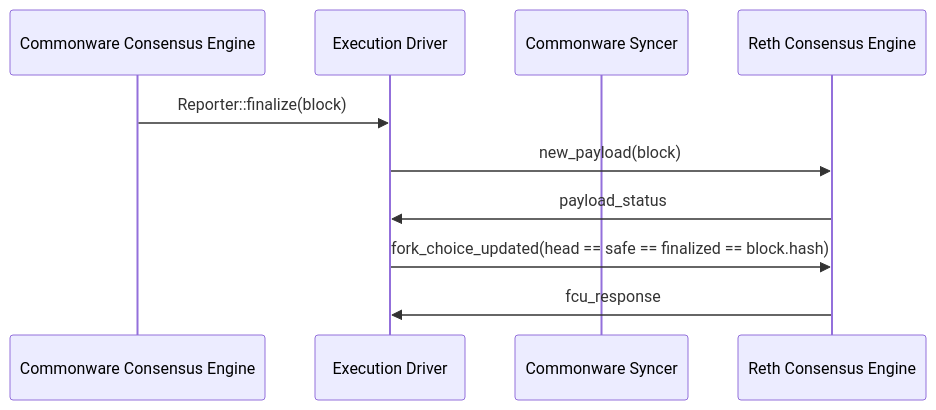
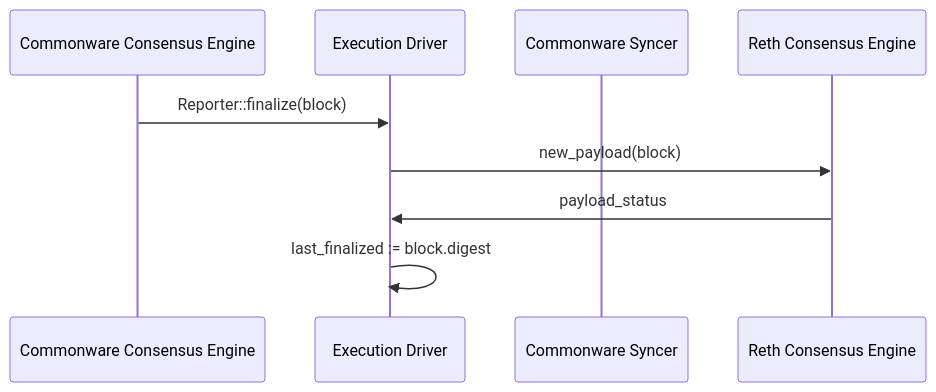
The fourth of 4 diagrams in docs/commonware-reth-integration.md (tempoxyz/tempo), drawn with Mermaid before and after one commit. The commit also changed other lines of this file, not shown here.

````diff
--- a/docs/commonware-reth-integration.md
+++ b/docs/commonware-reth-integration.md
@@ -122,13 +132,12 @@
 ```mermaid
 sequenceDiagram
   participant CL as Commonware Consensus Engine
   participant ED as Execution Driver
   participant SY as Commonware Syncer
   participant EE as Reth Consensus Engine
 
   CL->>ED: Reporter::finalize(block)
   ED->>EE: new_payload(block)
   EE->>ED: payload_status
-  ED->>EE: fork_choice_updated(head == safe == finalized == block.hash)
-  EE->>ED: fcu_response
+  ED->>ED: last_finalized := block.digest
 ```
````
